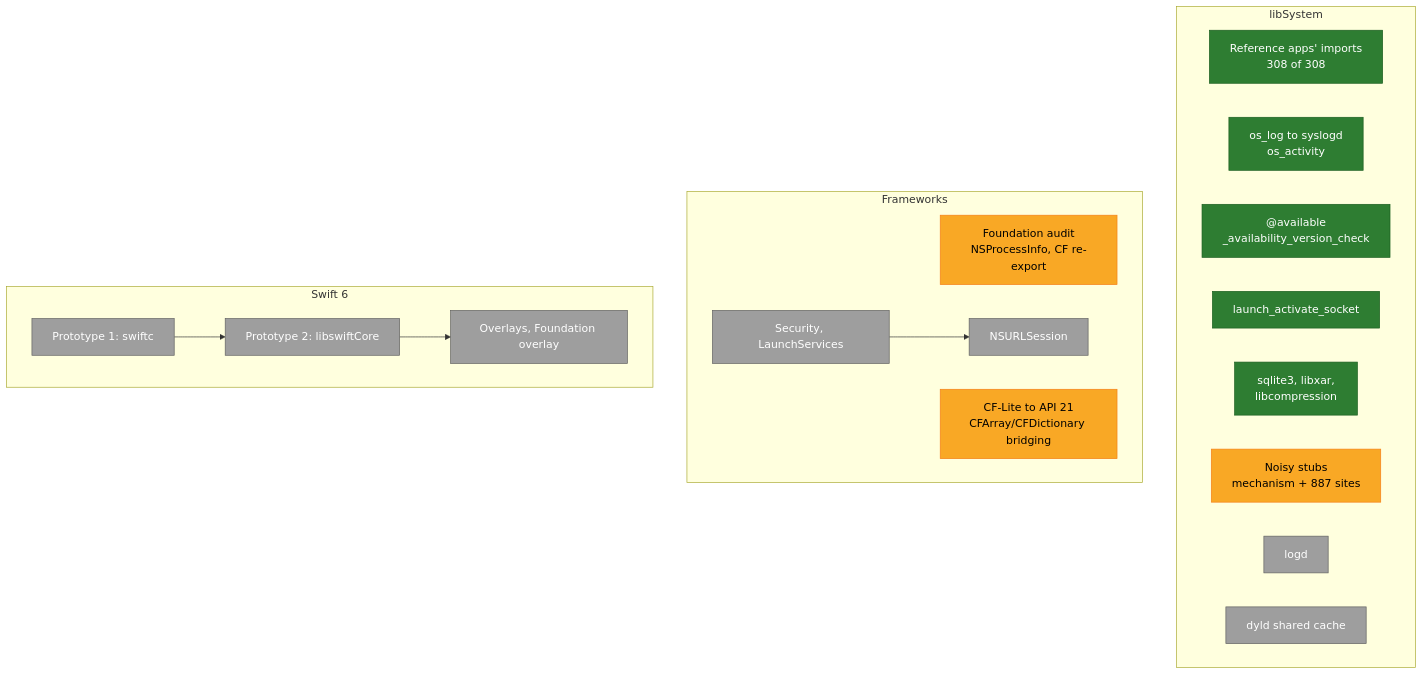
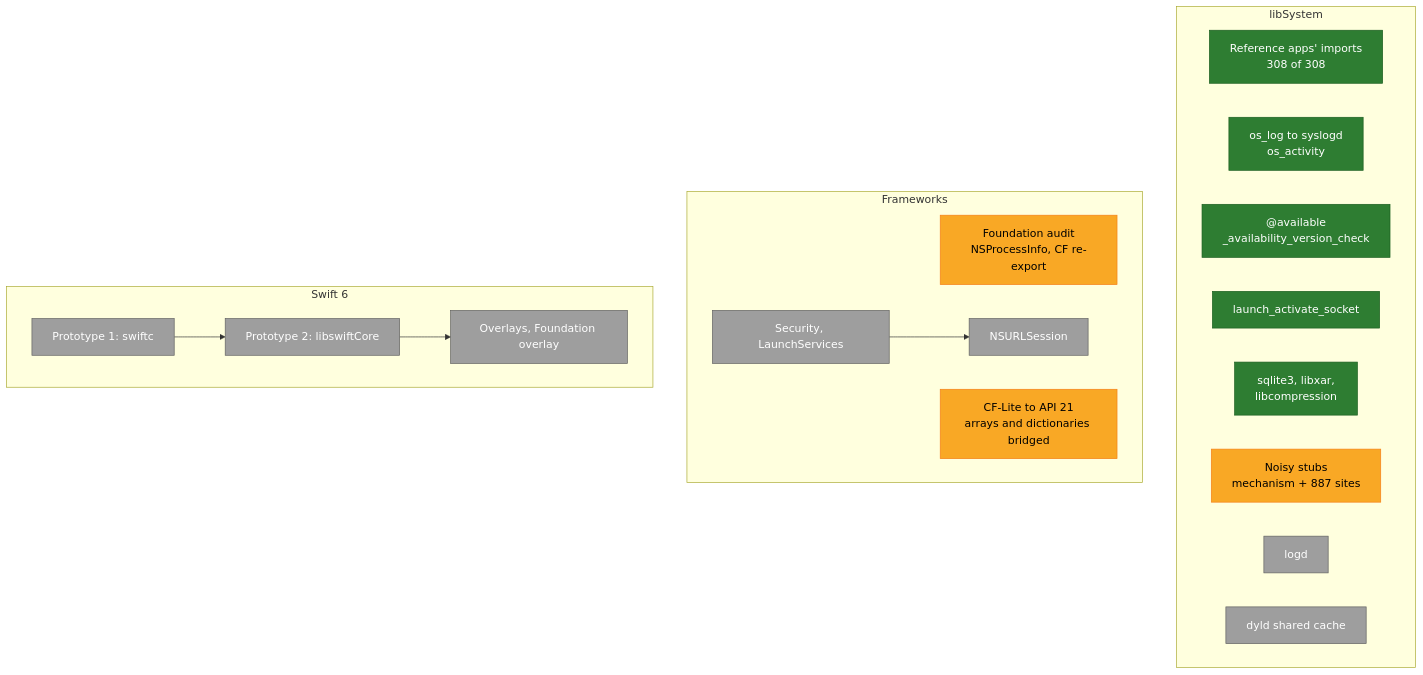
One commit to minkaros/minkar changed the second of 4 diagrams in Docs/Progress.md. Above: the diagram before and after it, drawn with Mermaid. The commit also changed 3 other files, not shown here.

Commit message:
Docs: CFArray and CFDictionary bridged to NSArray and NSDictionary

````diff
--- a/Docs/Progress.md
+++ b/Docs/Progress.md
@@ -37,30 +37,30 @@
 ```mermaid
 flowchart TB
     subgraph LS["libSystem"]
         L1["Reference apps' imports<br/>308 of 308"]:::done
         L2["os_log to syslogd<br/>os_activity"]:::done
         L3["@available<br/>_availability_version_check"]:::done
         L4["launch_activate_socket"]:::done
         L8["sqlite3, libxar,<br/>libcompression"]:::done
         L5["Noisy stubs<br/>mechanism + 887 sites"]:::partial
         L6["logd"]:::todo
         L7["dyld shared cache"]:::todo
     end
     subgraph FW["Frameworks"]
         F1["Foundation audit<br/>NSProcessInfo, CF re-export"]:::partial
         F2["NSURLSession"]:::todo
-        F3["CF-Lite to API 21<br/>CFArray/CFDictionary bridging"]:::partial
+        F3["CF-Lite to API 21<br/>arrays and dictionaries bridged"]:::partial
         F4["Security, LaunchServices"]:::todo
     end
     subgraph SW["Swift 6"]
         S1["Prototype 1: swiftc"]:::todo
         S2["Prototype 2: libswiftCore"]:::todo
         S3["Overlays, Foundation overlay"]:::todo
     end
     S1 --> S2 --> S3
     F4 --> F2
 
     classDef done fill:#2e7d32,stroke:#1b5e20,color:#fff
     classDef partial fill:#f9a825,stroke:#f57f17,color:#000
     classDef todo fill:#9e9e9e,stroke:#616161,color:#fff
 ```
````
